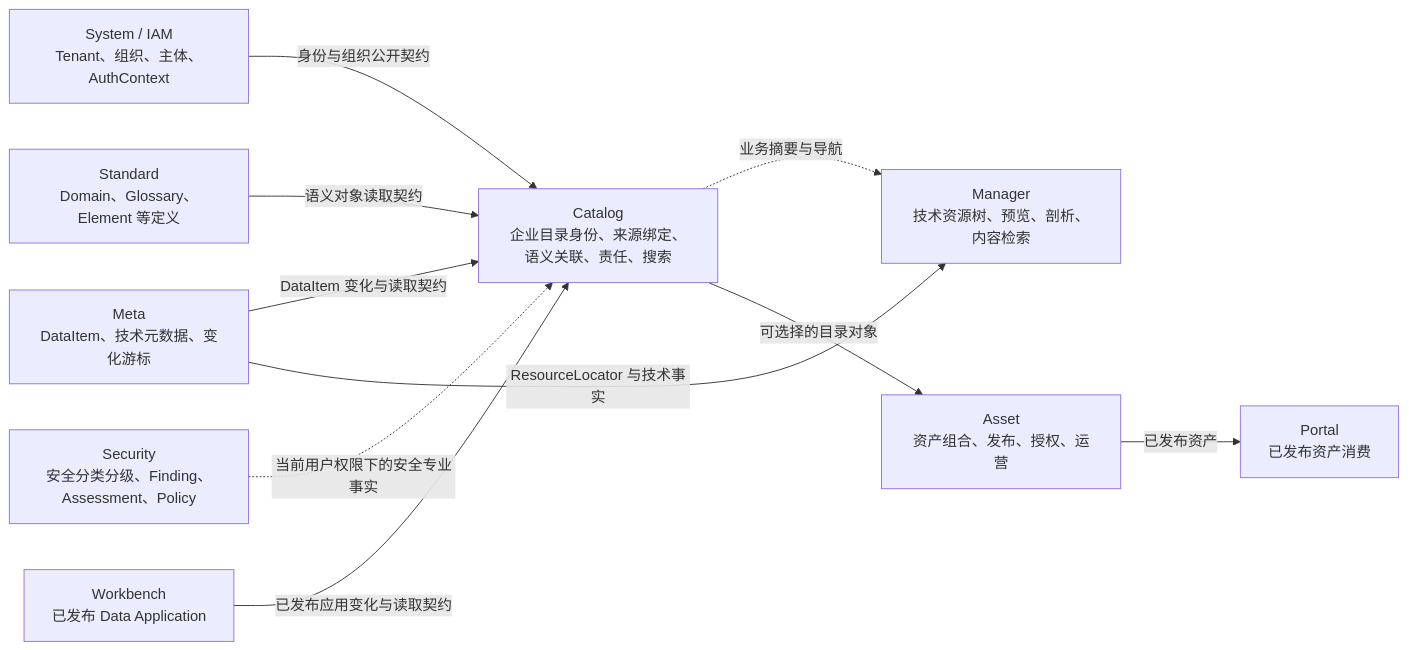
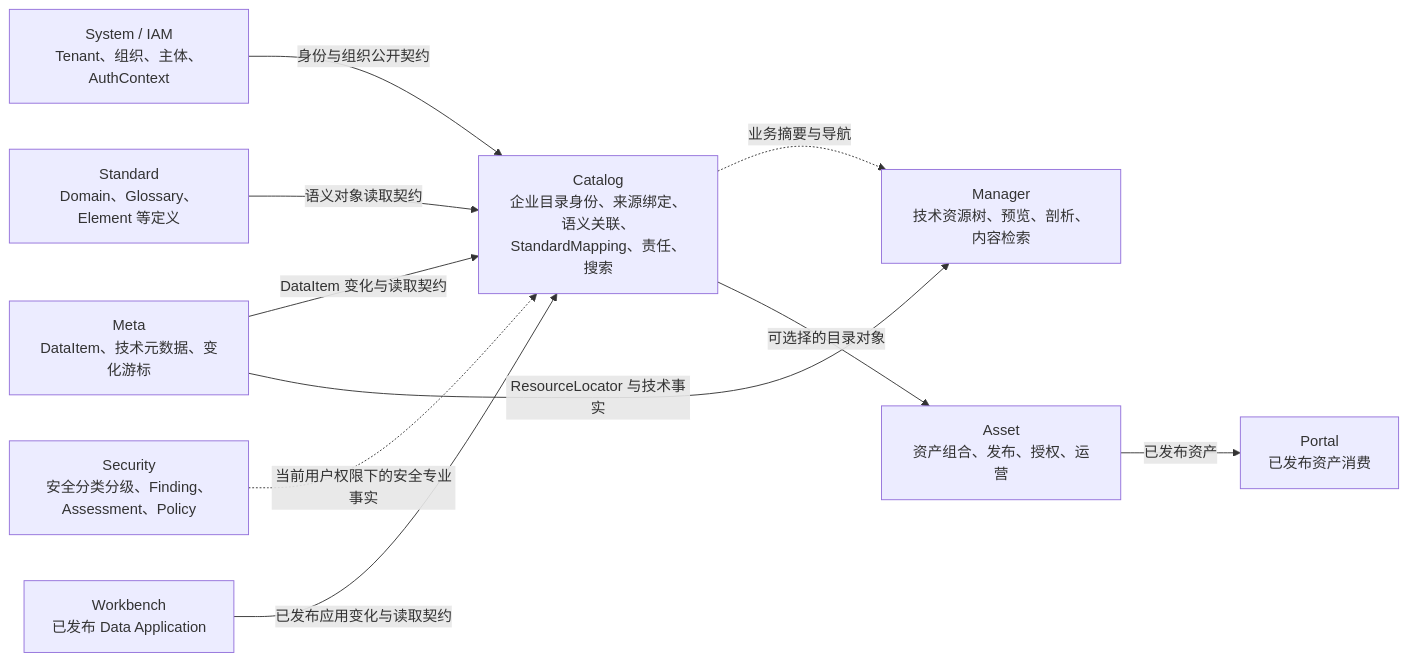
One commit to pampa0629/addp changed the second of 4 diagrams in docs/concepts/addp企业资源目录体系图.md. Above: the diagram before and after it, drawn with Mermaid. The commit also changed other lines of this file and 336 other files, not shown here.

````diff
--- a/docs/concepts/addp企业资源目录体系图.md
+++ b/docs/concepts/addp企业资源目录体系图.md
@@ -64,22 +65,22 @@
 ```mermaid
 flowchart LR
     System["System / IAM\nTenant、组织、主体、AuthContext"]
     Meta["Meta\nDataItem、技术元数据、变化游标"]
     Standard["Standard\nDomain、Glossary、Element 等定义"]
     Security["Security\n安全分类分级、Finding、Assessment、Policy"]
     Workbench["Workbench\n已发布 Data Application"]
-    Catalog["Catalog\n企业目录身份、来源绑定、语义关联、责任、搜索"]
+    Catalog["Catalog\n企业目录身份、来源绑定、语义关联、StandardMapping、责任、搜索"]
     Manager["Manager\n技术资源树、预览、剖析、内容检索"]
     Asset["Asset\n资产组合、发布、授权、运营"]
     Portal["Portal\n已发布资产消费"]
 
     System -->|"身份与组织公开契约"| Catalog
     Meta -->|"DataItem 变化与读取契约"| Catalog
     Standard -->|"语义对象读取契约"| Catalog
     Security -.->|"当前用户权限下的安全专业事实"| Catalog
     Workbench -->|"已发布应用变化与读取契约"| Catalog
     Catalog -.->|"业务摘要与导航"| Manager
     Catalog -->|"可选择的目录对象"| Asset
     Asset -->|"已发布资产"| Portal
     Meta -->|"ResourceLocator 与技术事实"| Manager
 ```
````
